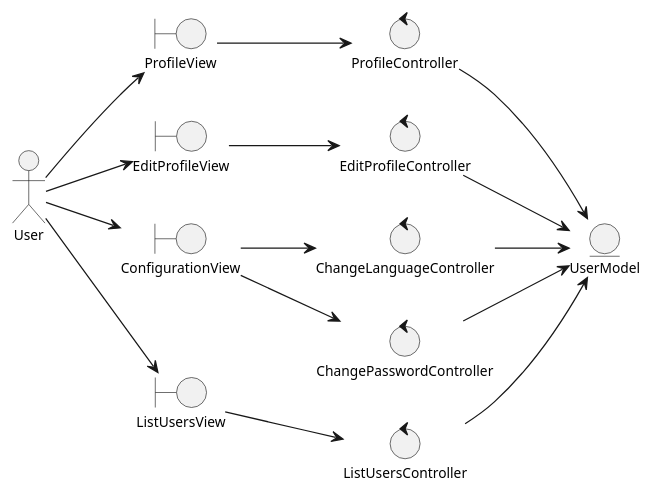
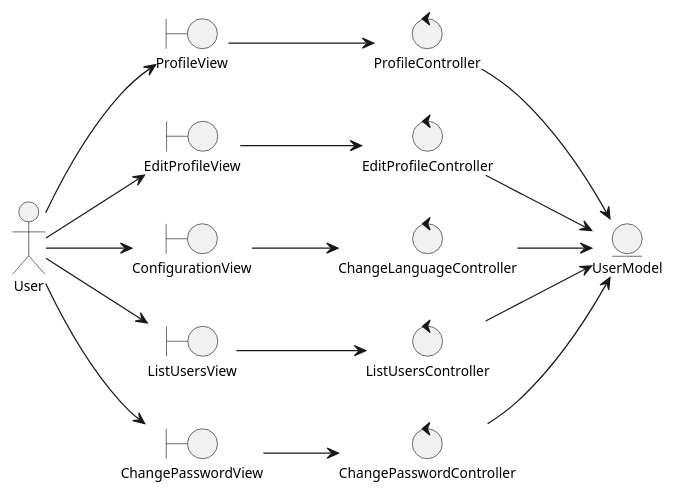
Before and after one commit to valeraruggierotesisucv/tesis-frameworks-mobile-diagrams: the diagram in Análisis/Clases de Análisis/analysisClassDiagramUserManagement.plantuml, drawn with PlantUML.

Commit message:
Add ChangePasswordView boundary and update interactions in user management class diagram

```diff
--- a/Análisis/Clases de Análisis/analysisClassDiagramUserManagement.plantuml
+++ b/Análisis/Clases de Análisis/analysisClassDiagramUserManagement.plantuml
@@ -1,39 +1,41 @@
 @startuml analysisClassDiagramUserManagement
 skinparam style strictuml
 left to right direction
 skinparam defaultTextAlignment center
 skinparam defaultFontSize 11
 
 actor "User" as user
 
 entity "UserModel" as userModel
 
 boundary "ProfileView" as profileView
 boundary "EditProfileView" as editProfileView
 boundary "ConfigurationView" as configurationView
 boundary "ListUsersView" as listUsersView
+boundary "ChangePasswordView" as changePasswordView
 
 control "ProfileController" as profileController
 control "EditProfileController" as editProfileController
 control "ChangeLanguageController" as changeLanguageController
 control "ChangePasswordController" as changePasswordController
 control "ListUsersController" as listUsersController
 
 user --> profileView
 user --> editProfileView
 user --> configurationView
 user --> listUsersView
+user --> changePasswordView
 
 profileView --> profileController
 editProfileView --> editProfileController
 configurationView --> changeLanguageController
-configurationView --> changePasswordController
+changePasswordView --> changePasswordController
 listUsersView --> listUsersController
 
 profileController --> userModel
 editProfileController --> userModel
 changeLanguageController --> userModel
 changePasswordController --> userModel
 listUsersController --> userModel
 
 @enduml
```
